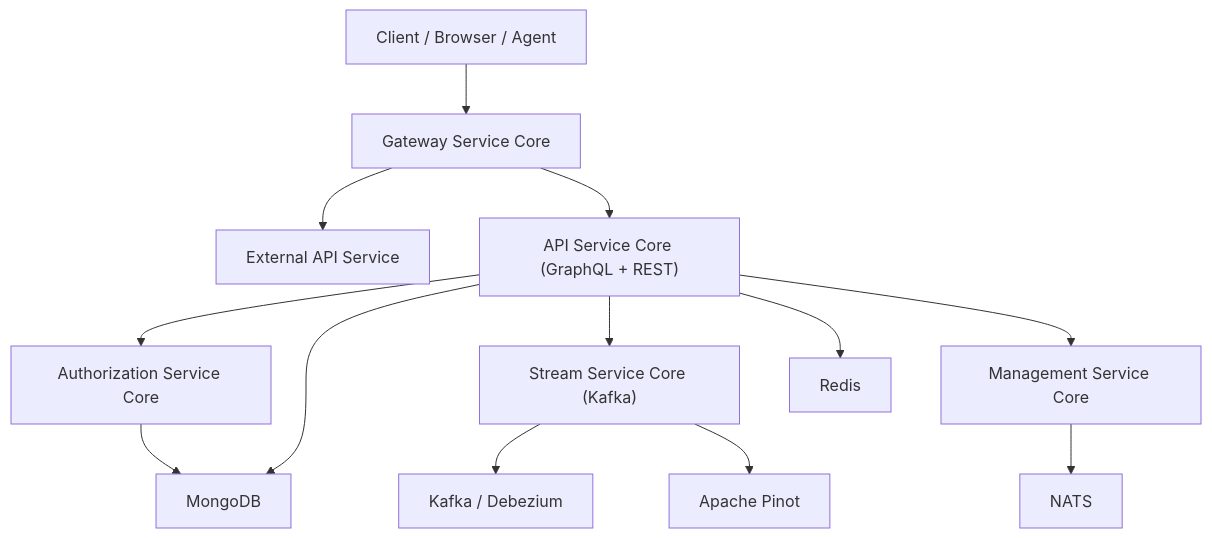
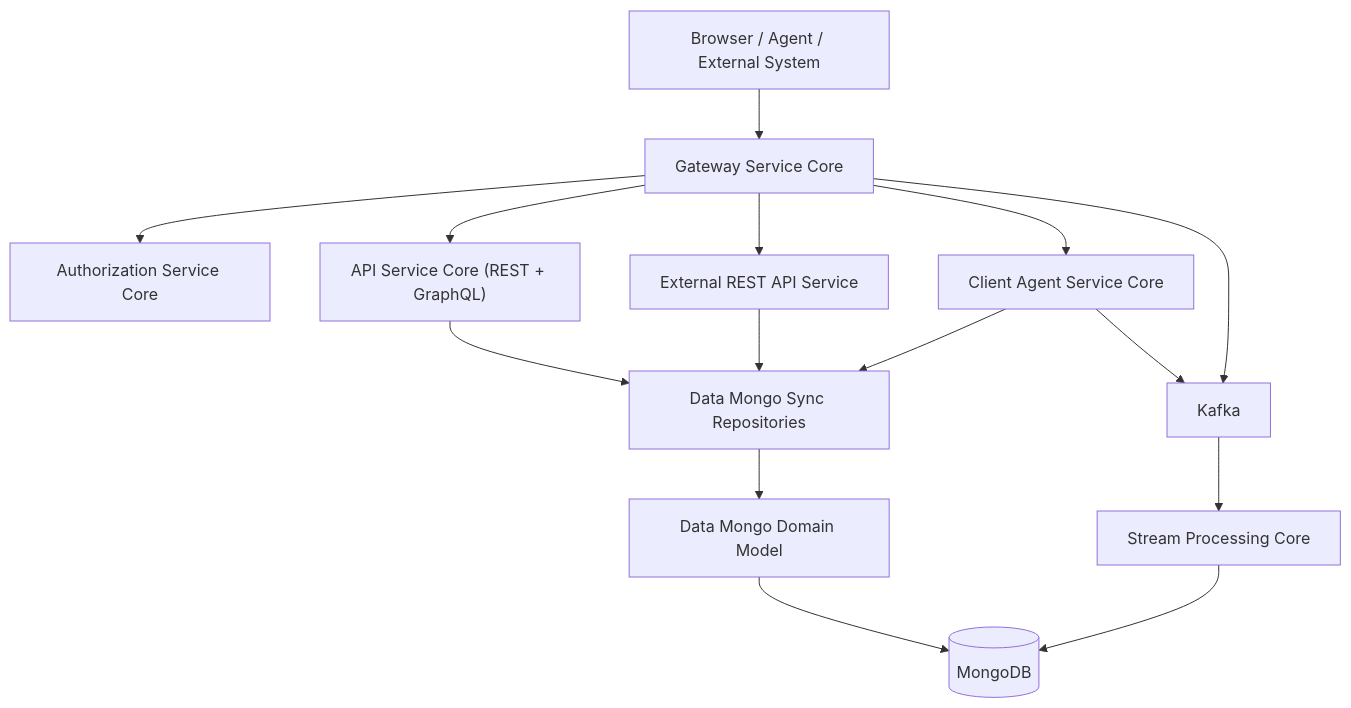
Before and after one commit to flamingo-stack/openframe-oss-lib: the diagram in docs/getting-started/introduction.md, drawn with Mermaid. The commit also changed other lines of this file and 10 other files, not shown here.

````diff
--- a/docs/getting-started/introduction.md
+++ b/docs/getting-started/introduction.md
@@ -58,17 +55,21 @@
 ```mermaid
 flowchart TD
-    Client["Client / Browser / Agent"] --> Gateway["Gateway Service Core"]
-    Gateway --> ExternalAPI["External API Service"]
-    Gateway --> ApiCore["API Service Core (GraphQL + REST)"]
+    Client["Browser / Agent / External System"] --> Gateway["Gateway Service Core"]
 
-    ApiCore --> Authz["Authorization Service Core"]
-    ApiCore --> Stream["Stream Service Core (Kafka)"]
-    ApiCore --> Management["Management Service Core"]
+    Gateway --> Authz["Authorization Service Core"]
+    Gateway --> Api["API Service Core (REST + GraphQL)"]
+    Gateway --> ExternalApi["External REST API Service"]
+    Gateway --> ClientAgent["Client Agent Service Core"]
 
-    Authz --> Mongo["MongoDB"]
-    ApiCore --> Mongo
-    Stream --> Kafka["Kafka / Debezium"]
-    Stream --> Pinot["Apache Pinot"]
-    ApiCore --> Redis["Redis"]
-    Management --> NATS["NATS"]
+    Api --> Repos["Data Mongo Sync Repositories"]
+    ExternalApi --> Repos
+    ClientAgent --> Repos
+
+    Repos --> Domain["Data Mongo Domain Model"]
+    Domain --> Mongo[("MongoDB")]
+
+    ClientAgent --> Kafka["Kafka"]
+    Gateway --> Kafka
+    Kafka --> Stream["Stream Processing Core"]
+    Stream --> Mongo
 ```
````
